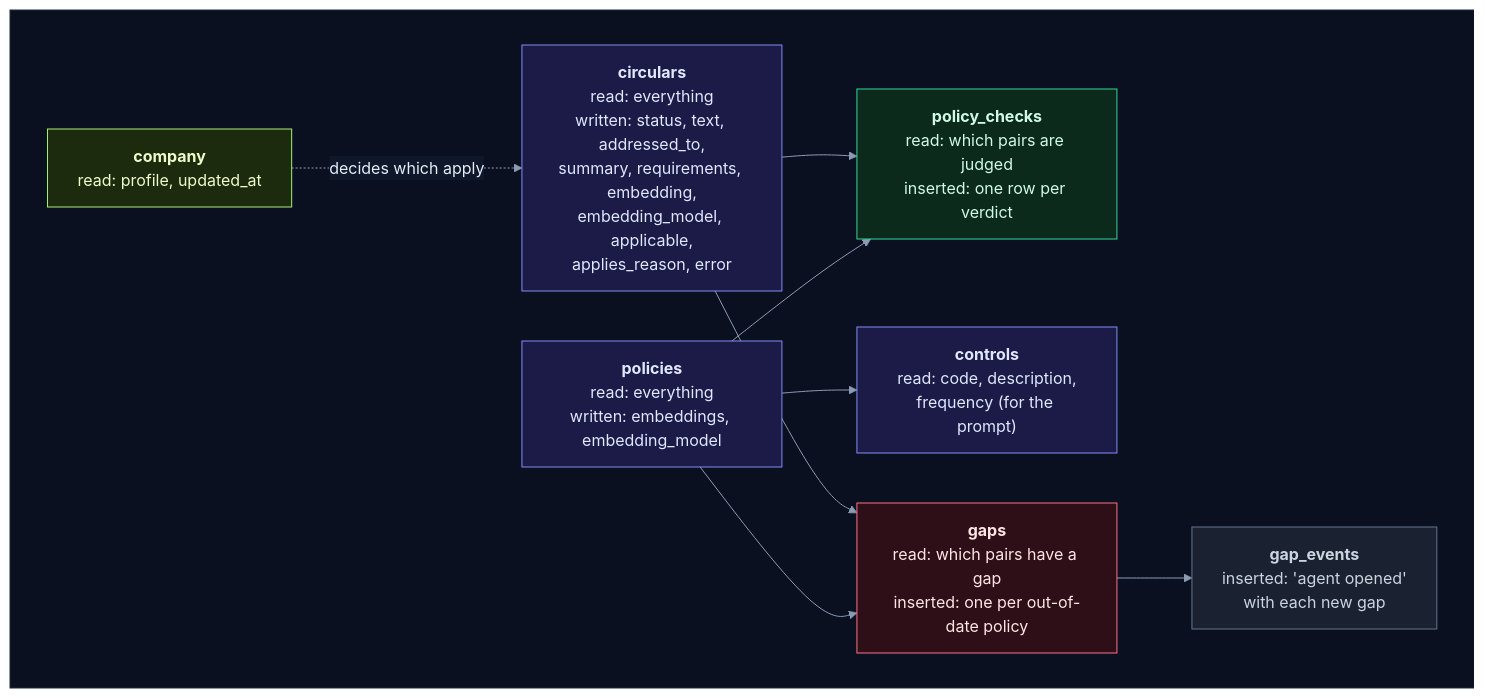
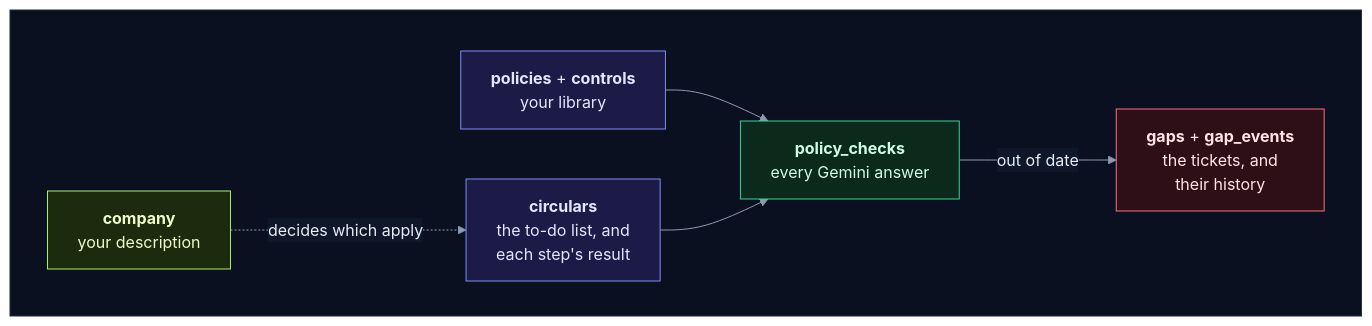
One commit to selvakumarperumal/Regulatory_Circular_Impact_Agent changed the sixth of 12 diagrams in how_the_worker_works.md. Above: the diagram before and after it, drawn with Mermaid. The commit also changed other lines of this file and 4 other files, not shown here.

````diff
--- a/how_the_worker_works.md
+++ b/how_the_worker_works.md
@@ -285,36 +391,25 @@
 ```mermaid
 %%{init: {"theme": "base", "flowchart": {"diagramPadding": 0}, "themeVariables": {"darkMode": true, "primaryColor": "#16213a", "primaryTextColor": "#e6edf7", "primaryBorderColor": "#475a7a", "lineColor": "#8b9bb4", "secondaryColor": "#1b2436", "tertiaryColor": "#101a2e", "edgeLabelBackground": "#0f172a", "textColor": "#e2e8f0", "clusterBkg": "#0f1728", "clusterBorder": "#2b3a55", "titleColor": "#c4b5fd", "nodeTextColor": "#e6edf7"}}}%%
 flowchart LR
     subgraph canvas[" "]
         direction LR
-        CO["<b>company</b><br/>read: profile, updated_at"]
-        CI["<b>circulars</b><br/>read: everything<br/>written: status, text, addressed_to,<br/>summary, requirements, embedding,<br/>embedding_model, applicable,<br/>applies_reason, error"]
-        PO["<b>policies</b><br/>read: everything<br/>written: embeddings, embedding_model"]
-        CT["<b>controls</b><br/>read: code, description,<br/>frequency (for the prompt)"]
-        PC["<b>policy_checks</b><br/>read: which pairs are judged<br/>inserted: one row per verdict"]
-        GA["<b>gaps</b><br/>read: which pairs have a gap<br/>inserted: one per out-of-date policy"]
-        GE["<b>gap_events</b><br/>inserted: 'agent opened'<br/>with each new gap"]
-        CO -.->|"decides which apply"| CI
+        CO["<b>company</b><br/>your description"] -.->|"decides which apply"| CI["<b>circulars</b><br/>the to-do list, and<br/>each step's result"]
+        PO["<b>policies</b> + <b>controls</b><br/>your library"] --> PC["<b>policy_checks</b><br/>every Gemini answer"]
         CI --> PC
-        PO --> PC
-        PO --> CT
-        CI --> GA
-        PO --> GA
-        GA --> GE
+        PC -->|"out of date"| GA["<b>gaps</b> + <b>gap_events</b><br/>the tickets, and<br/>their history"]
     end
     classDef svc fill:#0e2a2c,stroke:#2dd4bf,color:#ccfbf1
     classDef data fill:#1c1a47,stroke:#818cf8,color:#e0e7ff
     classDef ext fill:#2a1640,stroke:#c084fc,color:#f3e8ff
     classDef gpu fill:#2d1b0c,stroke:#fb923c,color:#ffedd5
     classDef ask fill:#2a2410,stroke:#fbbf24,color:#fef3c7
     classDef ok fill:#0b2a1c,stroke:#34d399,color:#d1fae5
     classDef bad fill:#2e0f17,stroke:#fb7185,color:#ffe4e6
     classDef start fill:#1c2a0e,stroke:#a7ef6f,color:#ecfccb
     classDef muted fill:#1a2130,stroke:#64748b,color:#cbd5e1
     class CO start
-    class CI,PO,CT data
+    class CI,PO data
     class PC ok
     class GA bad
-    class GE muted
     style canvas fill:#0b1020,stroke:#1e293b,color:#0b1020
 ```
````
